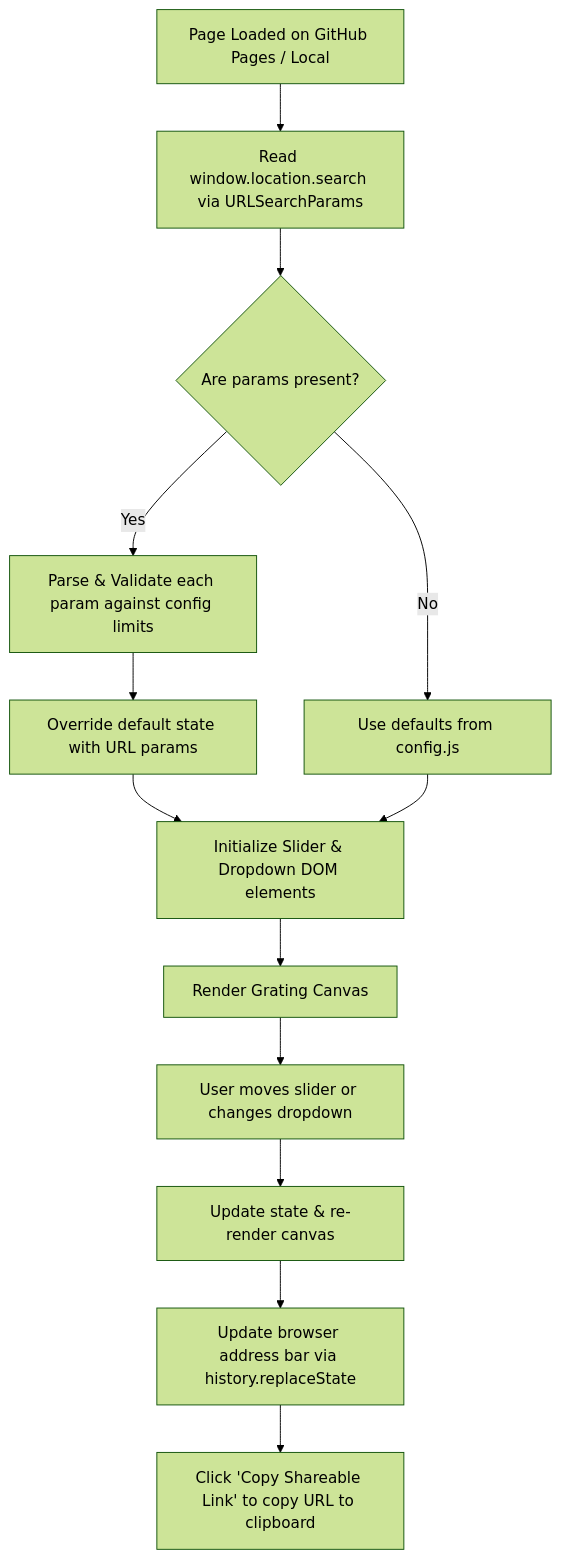
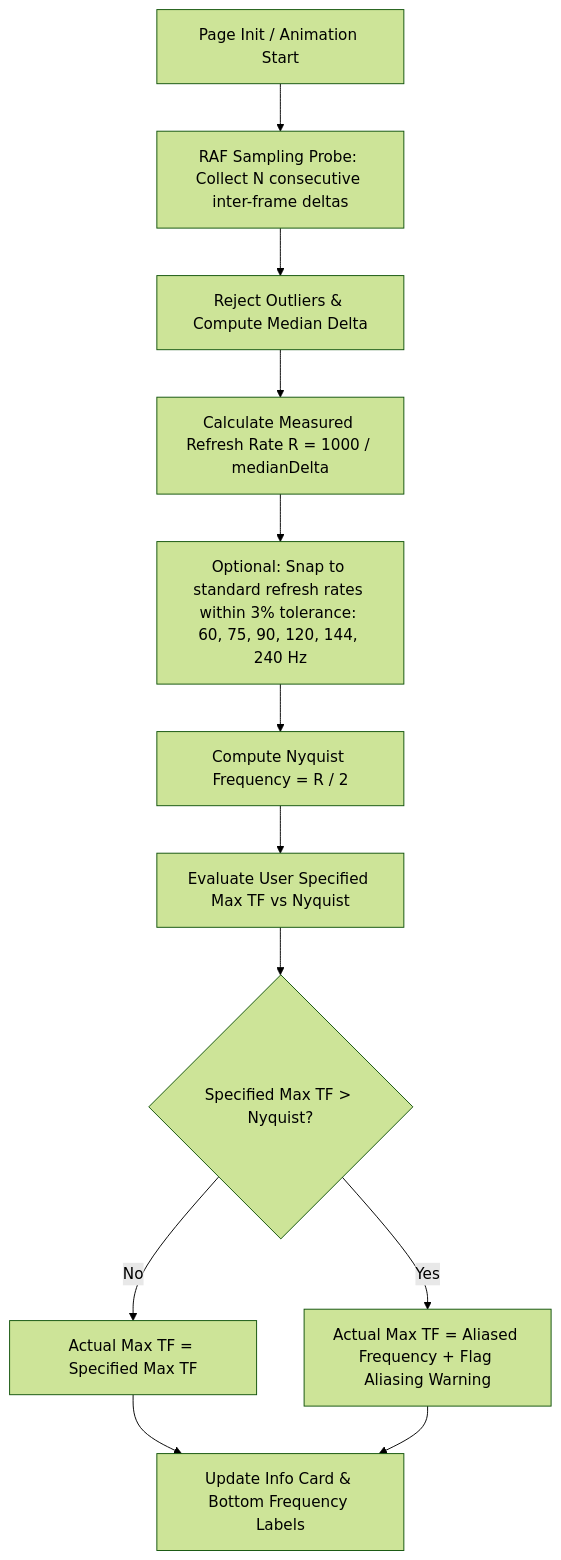
One commit to alexholcombe/CSF-visualize changed the diagram in agy_plan.md. Above: the diagram before and after it, drawn with Mermaid (forest theme). The commit also changed other lines of this file and 4 other files, not shown here.

````diff
--- a/agy_plan.md
+++ b/agy_plan.md
@@ -47,15 +78,14 @@
 ```mermaid
 flowchart TD
-    A[Page Loaded on GitHub Pages / Local] --> B[Read window.location.search via URLSearchParams]
-    B --> C{Are params present?}
-    C -- Yes --> D[Parse & Validate each param against config limits]
-    D --> E[Override default state with URL params]
-    C -- No --> F[Use defaults from config.js]
-    E --> G[Initialize Slider & Dropdown DOM elements]
-    F --> G
-    G --> H[Render Grating Canvas]
-    H --> I[User moves slider or changes dropdown]
-    I --> J[Update state & re-render canvas]
-    J --> K[Update browser address bar via history.replaceState]
-    K --> L[Click 'Copy Shareable Link' to copy URL to clipboard]
+    A[Page Init / Animation Start] --> B[RAF Sampling Probe: Collect N consecutive inter-frame deltas]
+    B --> C[Reject Outliers & Compute Median Delta]
+    C --> D[Calculate Measured Refresh Rate R = 1000 / medianDelta]
+    D --> E[Optional: Snap to standard refresh rates within 3% tolerance: 60, 75, 90, 120, 144, 240 Hz]
+    E --> F[Compute Nyquist Frequency = R / 2]
+    F --> G[Evaluate User Specified Max TF vs Nyquist]
+    G --> H{Specified Max TF > Nyquist?}
+    H -- No --> I[Actual Max TF = Specified Max TF]
+    H -- Yes --> J[Actual Max TF = Aliased Frequency + Flag Aliasing Warning]
+    I --> K[Update Info Card & Bottom Frequency Labels]
+    J --> K
 ```
````
